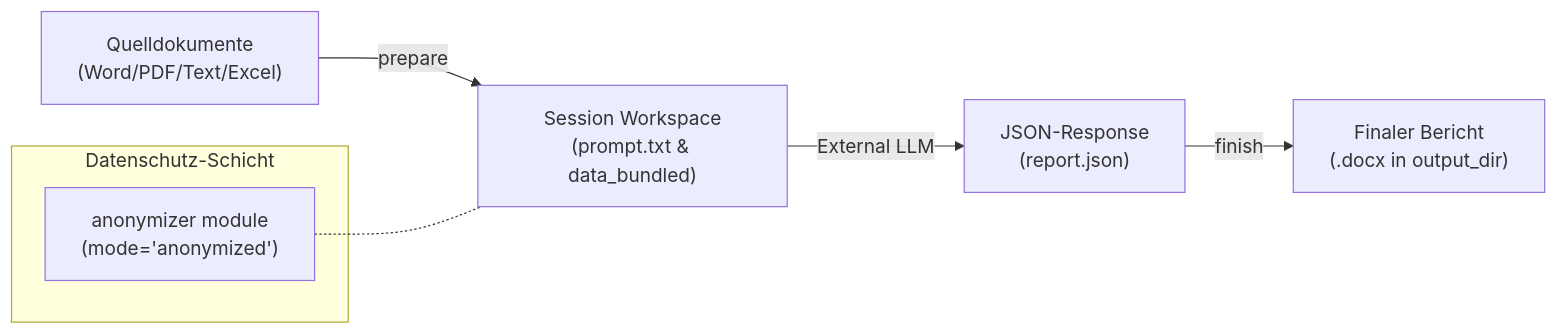
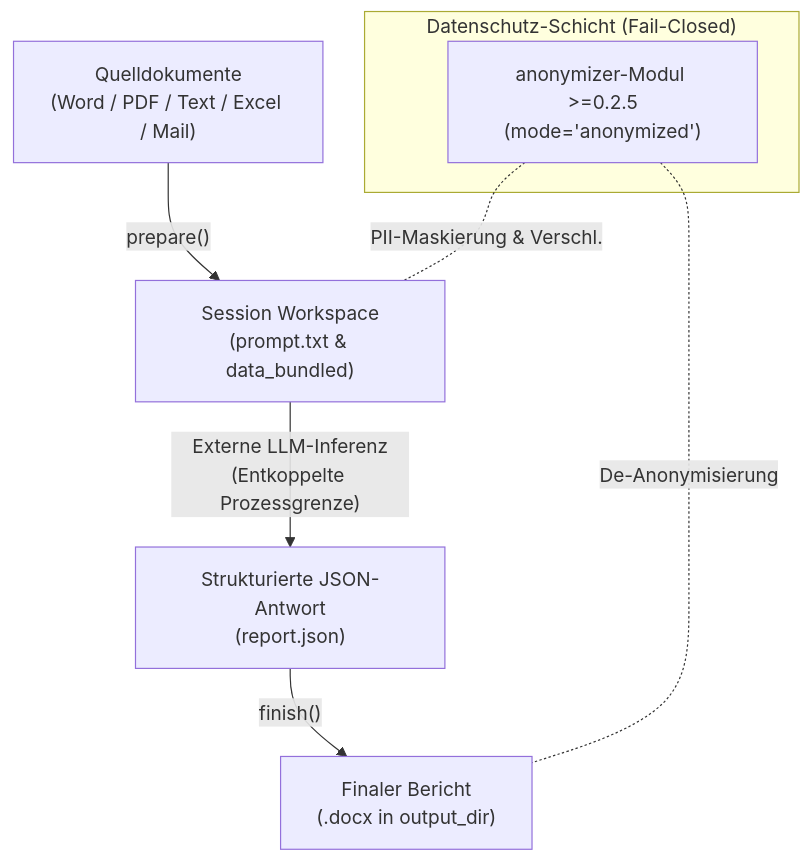
The first of 2 diagrams in README_de.md (ellmos-ai/report-forge), drawn with Mermaid before and after one commit. The commit also changed other lines of this file and 7 other files, not shown here.

Commit message:
docs: enhance discoverability, bilingual readme, sequence diagrams and marketing metadata (Pfad B) [1.1.6]

````diff
--- a/README_de.md
+++ b/README_de.md
@@ -25,11 +47,12 @@
 ```mermaid
-flowchart LR
-    A["Quelldokumente\n(Word/PDF/Text/Excel)"] -->|prepare| B["Session Workspace\n(prompt.txt & data_bundled)"]
-    B -->|External LLM| C["JSON-Response\n(report.json)"]
-    C -->|finish| D["Finaler Bericht\n(.docx in output_dir)"]
+flowchart TD
+    A["Quelldokumente<br/>(Word / PDF / Text / Excel / Mail)"] -->|"prepare()"| B["Session Workspace<br/>(prompt.txt & data_bundled)"]
+    B -->|"Externe LLM-Inferenz<br/>(Entkoppelte Prozessgrenze)"| C["Strukturierte JSON-Antwort<br/>(report.json)"]
+    C -->|"finish()"| D["Finaler Bericht<br/>(.docx in output_dir)"]
 
-    subgraph Privacy ["Datenschutz-Schicht"]
-        E["anonymizer module\n(mode='anonymized')"]
+    subgraph PrivacyLayer ["Datenschutz-Schicht (Fail-Closed)"]
+        E["anonymizer-Modul &gt;=0.2.5<br/>(mode='anonymized')"]
     end
-    E -.- B
+    E -.-|"PII-Maskierung &amp; Verschl."| B
+    E -.-|"De-Anonymisierung"| D
 ```
````
